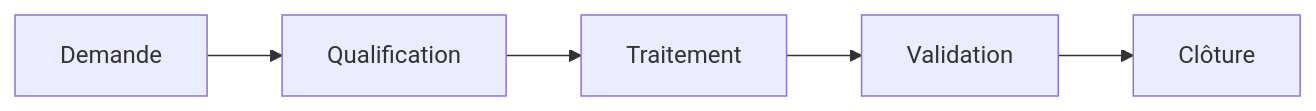
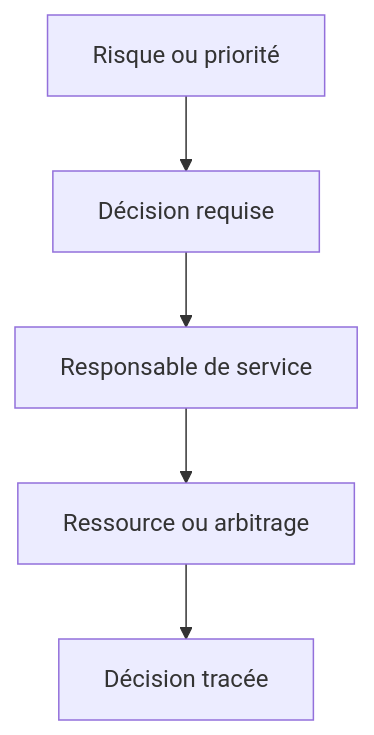
The fourth of 6 diagrams in content/lessons/maint-escalade-intermediaire.md (biggyseven/Skill-Tree), drawn with Mermaid before and after one commit. The commit also changed other lines of this file, not shown here.

````diff
--- a/content/lessons/maint-escalade-intermediaire.md
+++ b/content/lessons/maint-escalade-intermediaire.md
@@ -74,4 +83,7 @@
 ```mermaid
-flowchart LR
-  A[Demande] --> B[Qualification] --> C[Traitement] --> D[Validation] --> E[Clôture]
+flowchart TD
+  A[Risque ou priorité] --> B[Décision requise]
+  B --> C[Responsable de service]
+  C --> D[Ressource ou arbitrage]
+  D --> E[Décision tracée]
 ```
````
